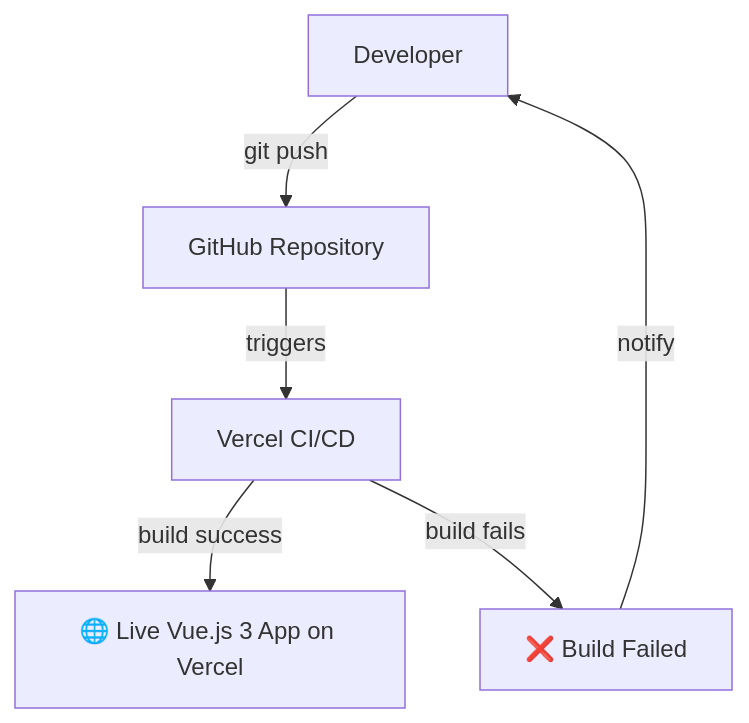
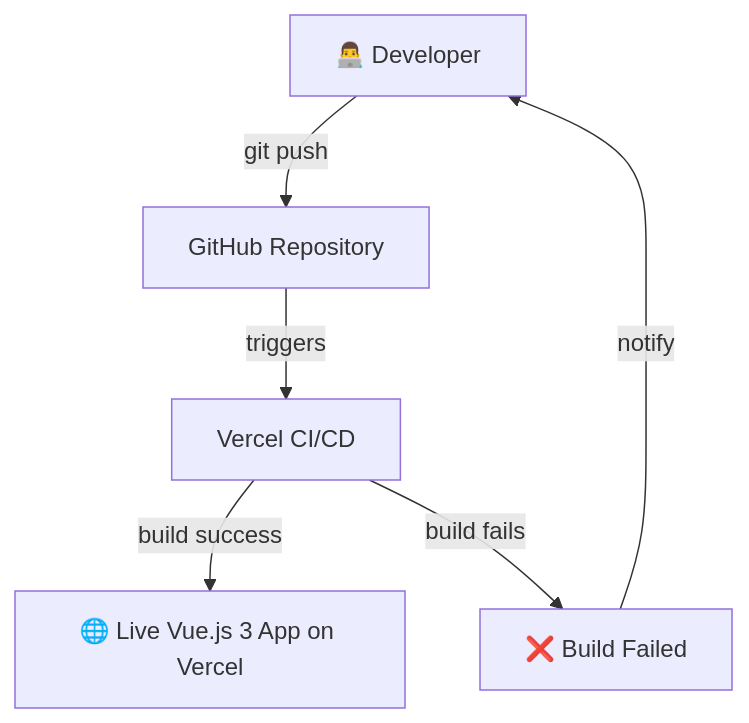
One commit to DejanVjestica/vuevibe changed the first of 2 diagrams in README.md. Above: the diagram before and after it, drawn with Mermaid. The commit also changed other lines of this file, not shown here.

````diff
--- a/README.md
+++ b/README.md
@@ -50,9 +89,8 @@
 ```mermaid
 flowchart TD
-    Dev[Developer] -->|git push| GH[GitHub Repository]
+    Dev[👨‍💻 Developer] -->|git push| GH[GitHub Repository]
     GH -->|triggers| VC[Vercel CI/CD]
     VC -->|build success| APP[🌐 Live Vue.js 3 App on Vercel]
     VC -->|build fails| FAIL[❌ Build Failed]
     FAIL -->|notify| Dev
-
 ```
````
